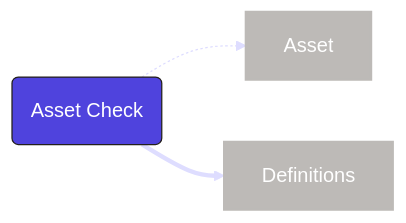
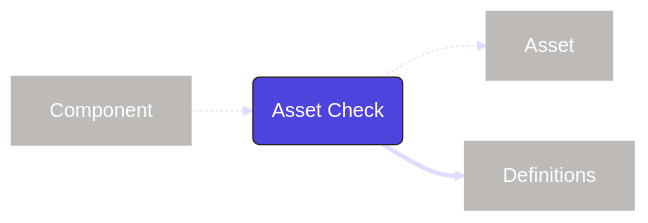
The third of 17 diagrams in docs/docs/getting-started/concepts.md (dagster-io/dagster), drawn with Mermaid before and after one commit. The commit also changed other lines of this file, not shown here.

Commit message:
fix diagrams

````diff
--- a/docs/docs/getting-started/concepts.md
+++ b/docs/docs/getting-started/concepts.md
@@ -167,24 +175,26 @@
 ```mermaid
 %%{
   init: {
     'theme': 'base',
     'themeVariables': {
       'primaryColor': '#4F43DD',
       'primaryTextColor': '#FFFFFF',
       'primaryBorderColor': '#231F1B',
       'lineColor': '#DEDDFF',
       'secondaryColor': '#BDBAB7',
       'tertiaryColor': '#FFFFFF'
     }
   }
 }%%
   graph LR
+    style Component fill:#BDBAB7,stroke:#BDBAB7,stroke-width:2px
     style Asset fill:#BDBAB7,stroke:#BDBAB7,stroke-width:2px
 
     AssetCheck(Asset Check)
 
     style Definitions fill:#BDBAB7,stroke:#BDBAB7,stroke-width:2px
 
+    Component -.-> AssetCheck
     AssetCheck -.-> Asset
     AssetCheck ==> Definitions
 ```
````
